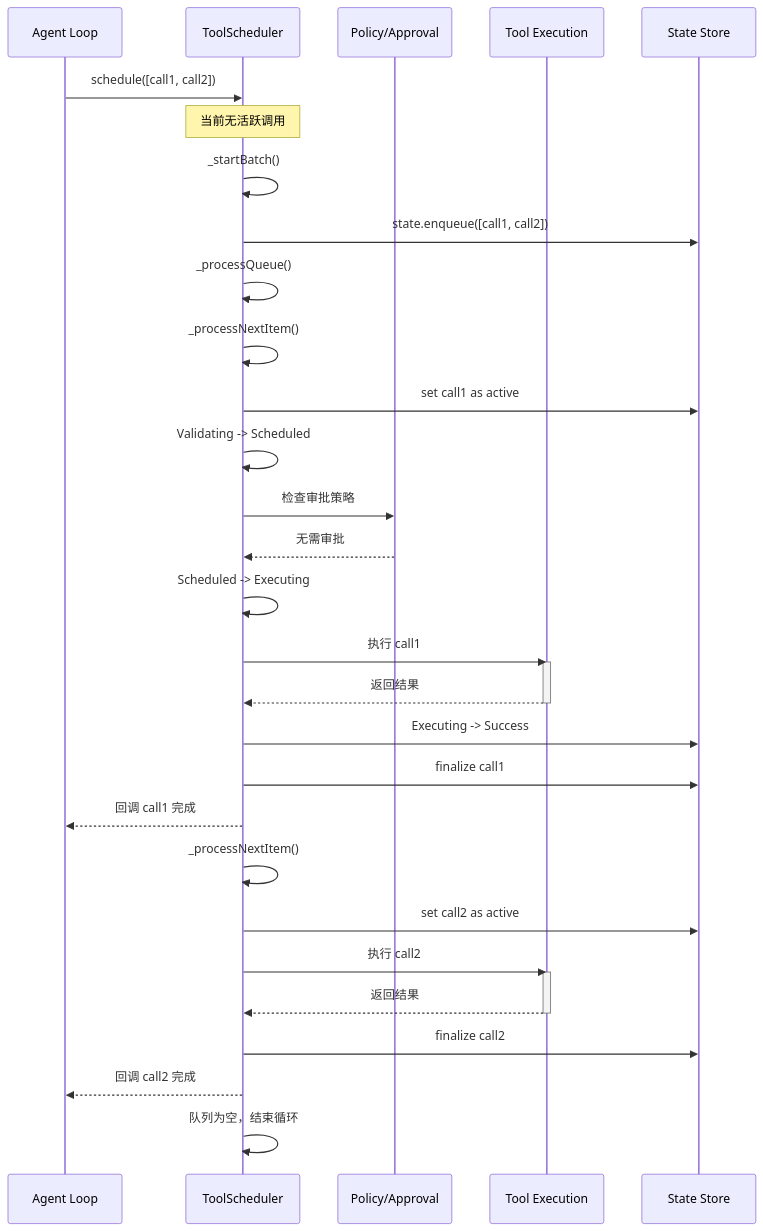
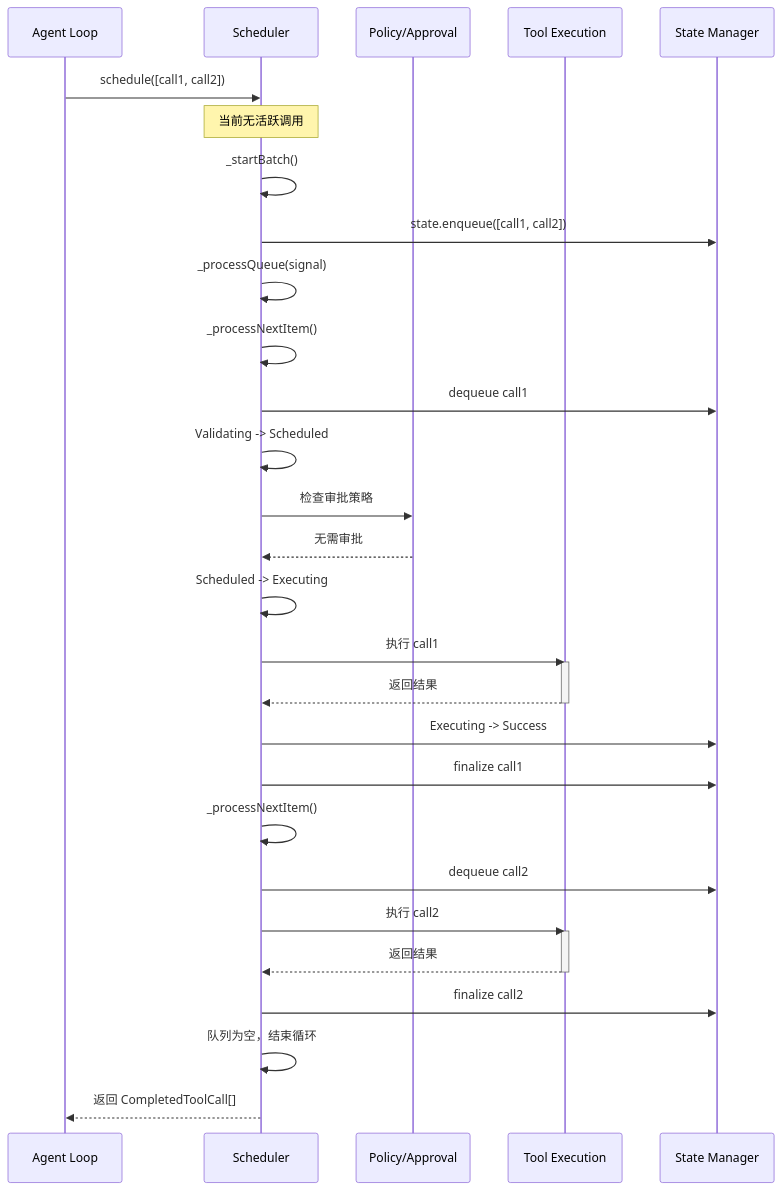
The third of 3 diagrams in docs/gemini-cli/questions/gemini-cli-tool-call-concurrency.md (giraffe-tree/agent-base), drawn with Mermaid before and after one commit. The commit also changed other lines of this file and 39 other files, not shown here.

````diff
--- a/docs/gemini-cli/questions/gemini-cli-tool-call-concurrency.md
+++ b/docs/gemini-cli/questions/gemini-cli-tool-call-concurrency.md
@@ -226,39 +227,38 @@
 ```mermaid
 sequenceDiagram
     participant A as Agent Loop
-    participant B as ToolScheduler
+    participant B as Scheduler
     participant C as Policy/Approval
     participant D as Tool Execution
-    participant S as State Store
+    participant S as State Manager
 
     A->>B: schedule([call1, call2])
     Note over B: 当前无活跃调用
     B->>B: _startBatch()
     B->>S: state.enqueue([call1, call2])
-    B->>B: _processQueue()
+    B->>B: _processQueue(signal)
 
     B->>B: _processNextItem()
-    B->>S: set call1 as active
+    B->>S: dequeue call1
     B->>B: Validating -> Scheduled
     B->>C: 检查审批策略
     C-->>B: 无需审批
     B->>B: Scheduled -> Executing
     B->>D: 执行 call1
     activate D
     D-->>B: 返回结果
     deactivate D
     B->>S: Executing -> Success
     B->>S: finalize call1
-    B-->>A: 回调 call1 完成
 
     B->>B: _processNextItem()
-    B->>S: set call2 as active
+    B->>S: dequeue call2
     B->>D: 执行 call2
     activate D
     D-->>B: 返回结果
     deactivate D
     B->>S: finalize call2
-    B-->>A: 回调 call2 完成
 
     B->>B: 队列为空，结束循环
+    B-->>A: 返回 CompletedToolCall[]
 ```
````
